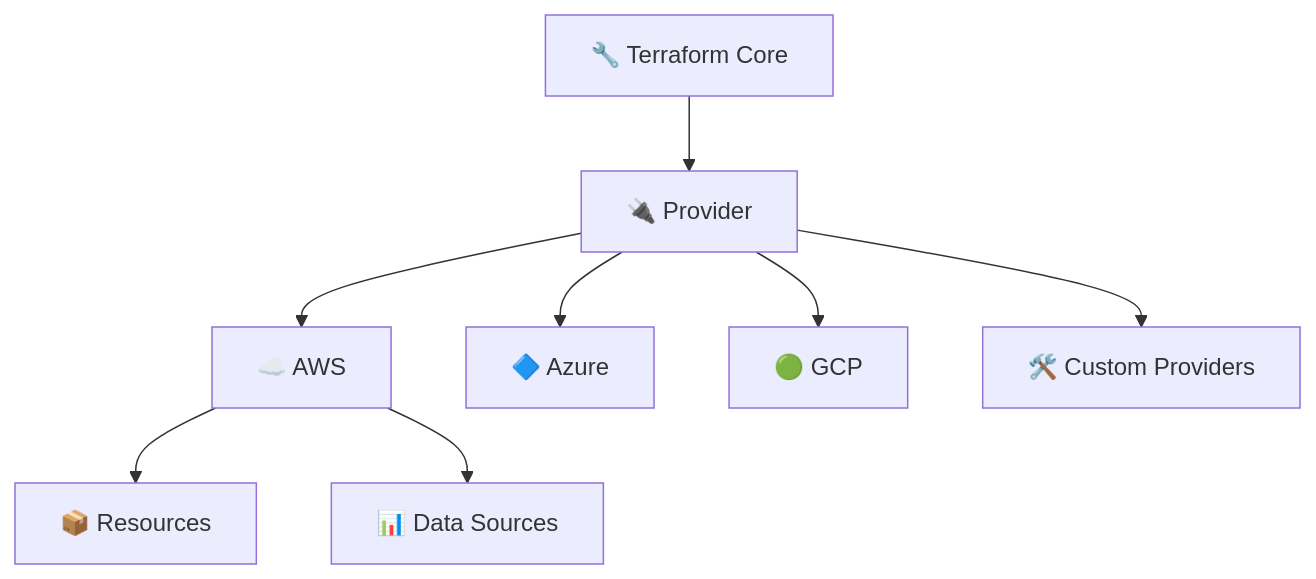
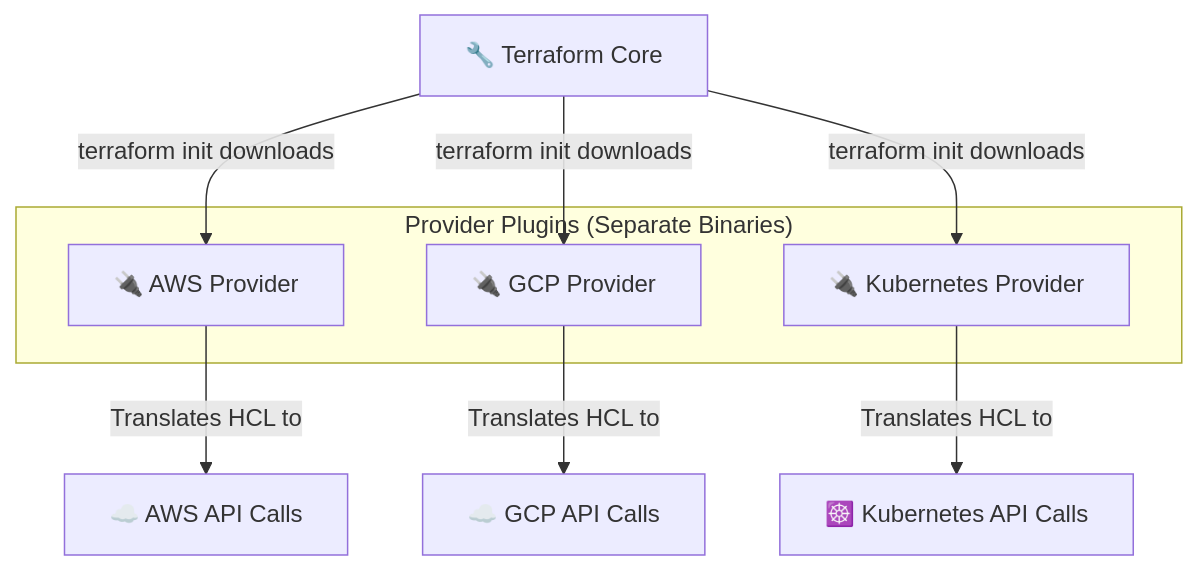
The third of 45 diagrams in Terraform_Visual_Interview_Prep.md (satishkumar-dhule/EA-SRE-prep), drawn with Mermaid before and after one commit. The commit also changed other lines of this file and 5 other files, not shown here.

````diff
--- a/Terraform_Visual_Interview_Prep.md
+++ b/Terraform_Visual_Interview_Prep.md
@@ -51,11 +96,18 @@
 ```mermaid
 graph TD
-    Terraform[🔧 Terraform Core] --> Provider[🔌 Provider]
-    Provider --> AWS[☁️ AWS]
-    Provider --> Azure[🔷 Azure]
-    Provider --> GCP[🟢 GCP]
-    Provider --> Custom[🛠️ Custom Providers]
+    TerraformCore[🔧 Terraform Core]
     
-    AWS --> Resources[📦 Resources]
-    AWS --> DataSources[📊 Data Sources]
+    subgraph "Provider Plugins (Separate Binaries)"
+        ProviderAWS[🔌 AWS Provider]
+        ProviderGCP[🔌 GCP Provider]
+        ProviderK8s[🔌 Kubernetes Provider]
+    end
+    
+    TerraformCore -- "terraform init" downloads --> ProviderAWS
+    TerraformCore -- "terraform init" downloads --> ProviderGCP
+    TerraformCore -- "terraform init" downloads --> ProviderK8s
+
+    ProviderAWS -- Translates HCL to --> API_AWS[☁️ AWS API Calls]
+    ProviderGCP -- Translates HCL to --> API_GCP[☁️ GCP API Calls]
+    ProviderK8s -- Translates HCL to --> API_K8s[☸️ Kubernetes API Calls]
 ```
````
